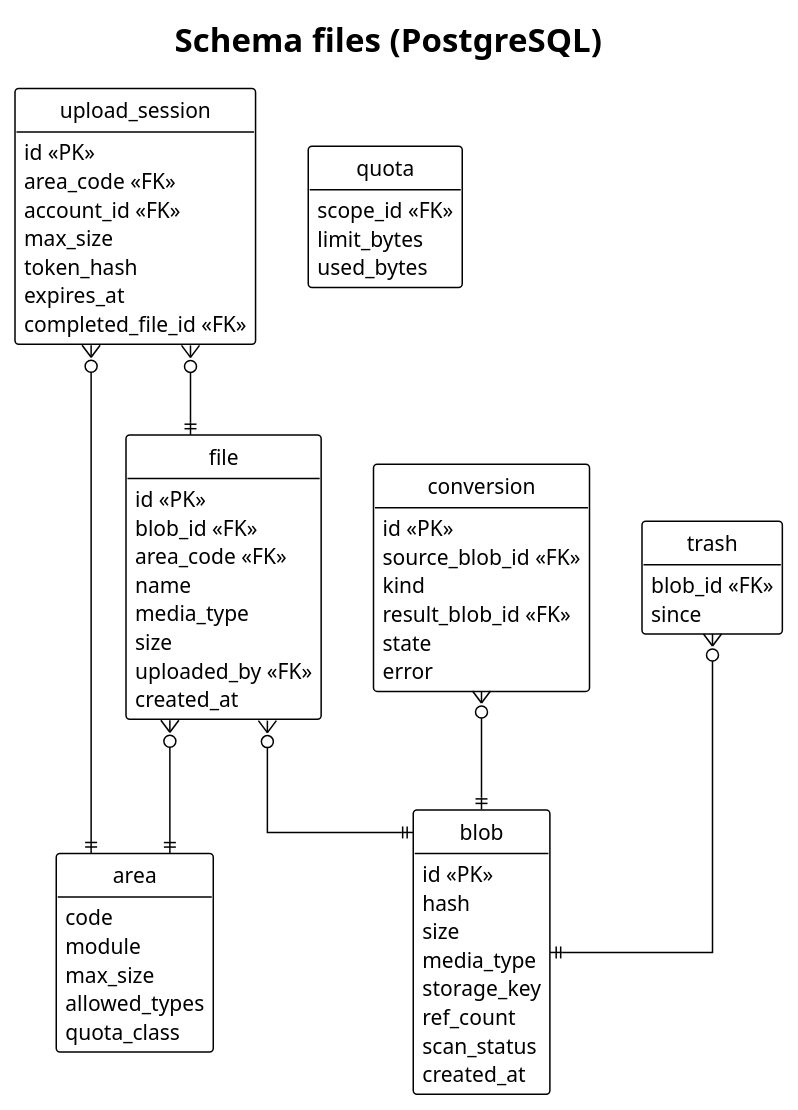
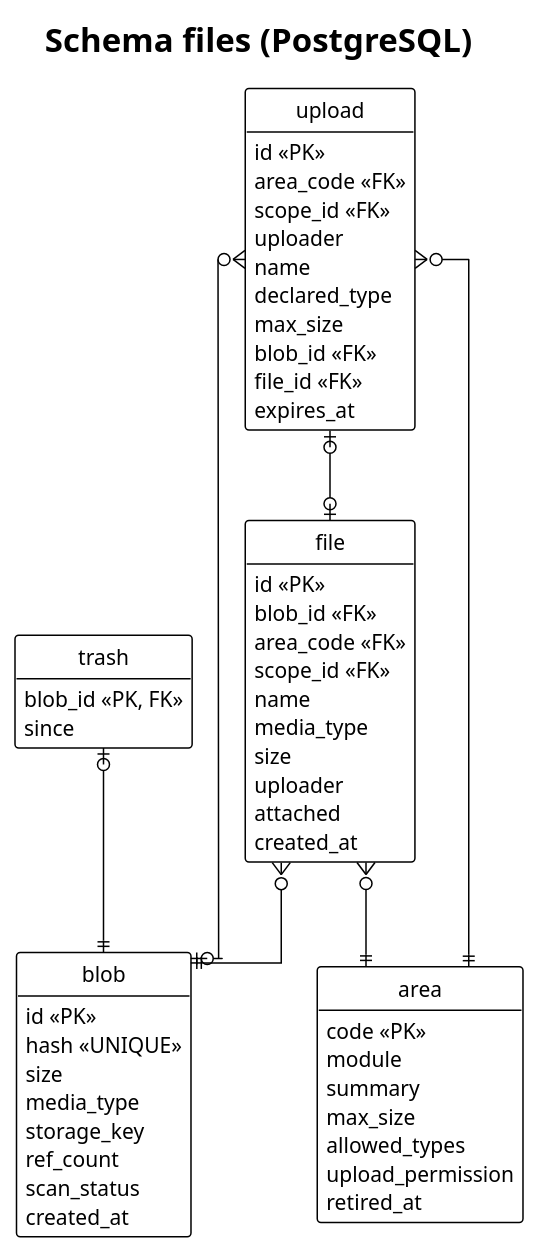
One commit to didactika/kampus changed the diagram in docs/03-design/data-model/files.puml. Above: the diagram before and after it, drawn with PlantUML. The commit also changed 71 other files, not shown here.

```diff
--- a/docs/03-design/data-model/files.puml
+++ b/docs/03-design/data-model/files.puml
@@ -1,68 +1,62 @@
 @startuml
 !theme plain
 hide empty members
 hide circle
 skinparam linetype ortho
 title Schema files (PostgreSQL)
 
 entity blob {
   id <<PK>>
-  hash
+  hash <<UNIQUE>>
   size
   media_type
   storage_key
   ref_count
   scan_status
   created_at
 }
 entity area {
-  code
+  code <<PK>>
   module
+  summary
   max_size
   allowed_types
-  quota_class
+  upload_permission
+  retired_at
 }
 entity file {
   id <<PK>>
   blob_id <<FK>>
   area_code <<FK>>
+  scope_id <<FK>>
   name
   media_type
   size
-  uploaded_by <<FK>>
+  uploader
+  attached
   created_at
 }
-entity upload_session {
+entity upload {
   id <<PK>>
   area_code <<FK>>
-  account_id <<FK>>
+  scope_id <<FK>>
+  uploader
+  name
+  declared_type
   max_size
-  token_hash
+  blob_id <<FK>>
+  file_id <<FK>>
   expires_at
-  completed_file_id <<FK>>
-}
-entity quota {
-  scope_id <<FK>>
-  limit_bytes
-  used_bytes
-}
-entity conversion {
-  id <<PK>>
-  source_blob_id <<FK>>
-  kind
-  result_blob_id <<FK>>
-  state
-  error
 }
 entity trash {
-  blob_id <<FK>>
+  blob_id <<PK, FK>>
   since
 }
 
 file }o--|| blob
 file }o--|| area
-upload_session }o--|| area
-upload_session }o--|| file
-conversion }o--|| blob
-trash }o--|| blob
+upload }o--|| area
+upload }o--o| blob
+upload |o--o| file
+trash |o--|| blob
 @enduml
```
